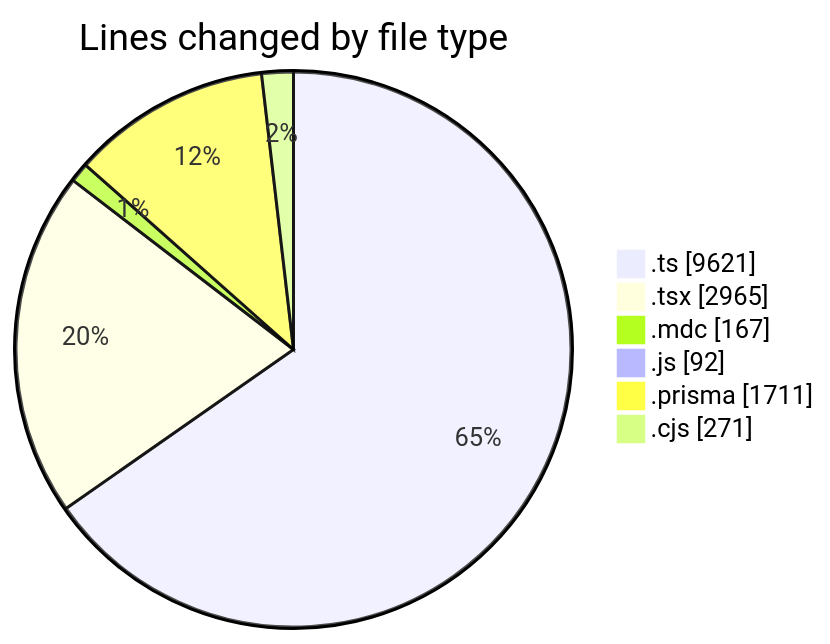
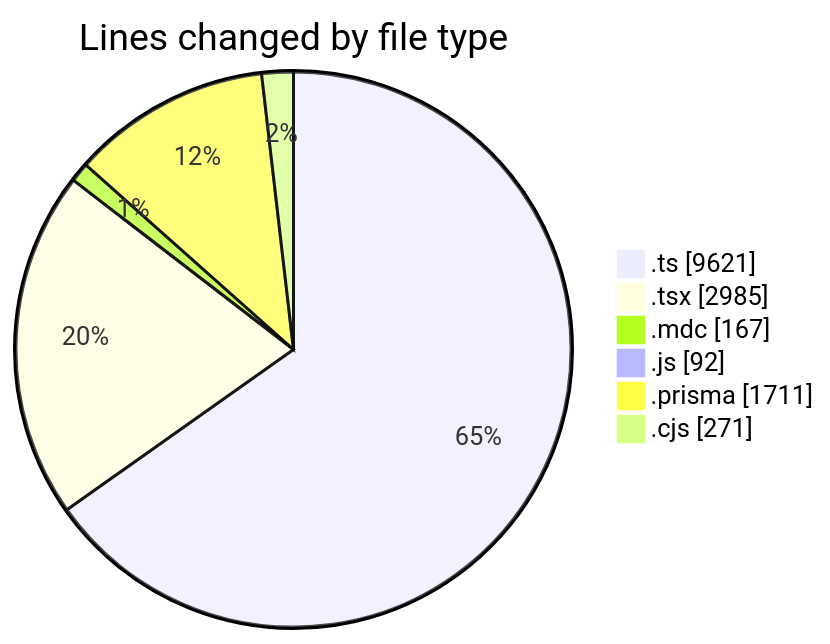
One commit to CELIANVF/code-tracking changed the first of 2 diagrams in 2025-06-06/ecodeli-1/README.md. Above: the diagram before and after it, drawn with Mermaid. The commit also changed other lines of this file and 1 other file, not shown here.

````diff
--- a/2025-06-06/ecodeli-1/README.md
+++ b/2025-06-06/ecodeli-1/README.md
@@ -57,10 +57,10 @@
 ```mermaid
 pie showData
 title Lines changed by file type
 ".ts" : 9621
-".tsx" : 2965
+".tsx" : 2985
 ".mdc" : 167
 ".js" : 92
 ".prisma" : 1711
 ".cjs" : 271
 ```
````
